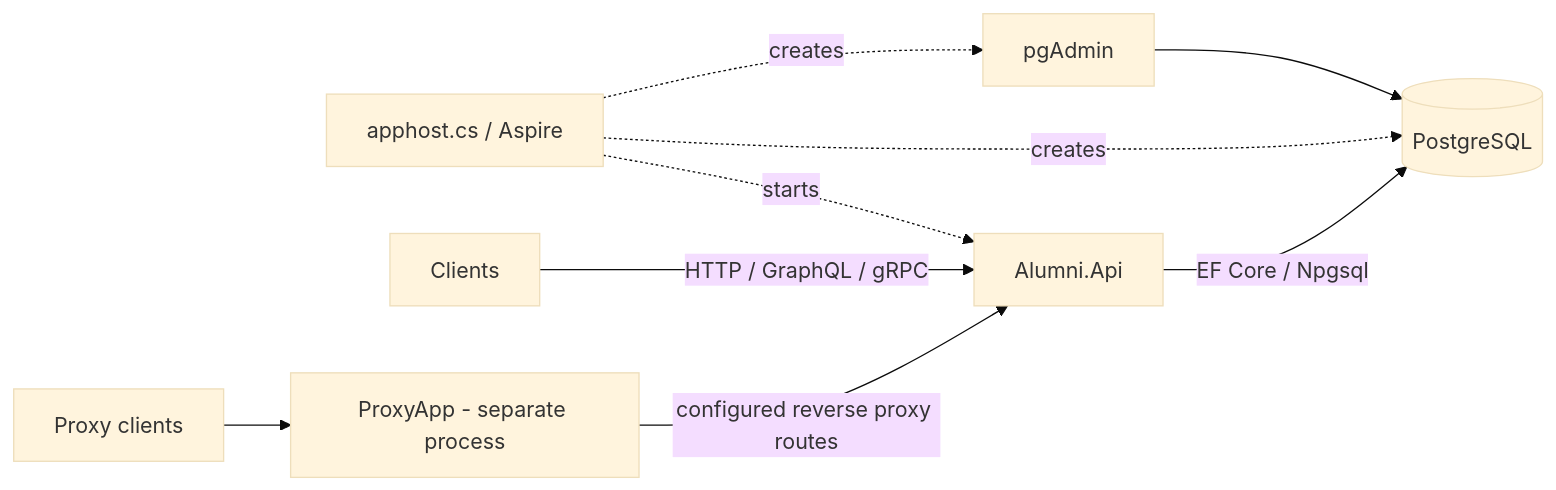
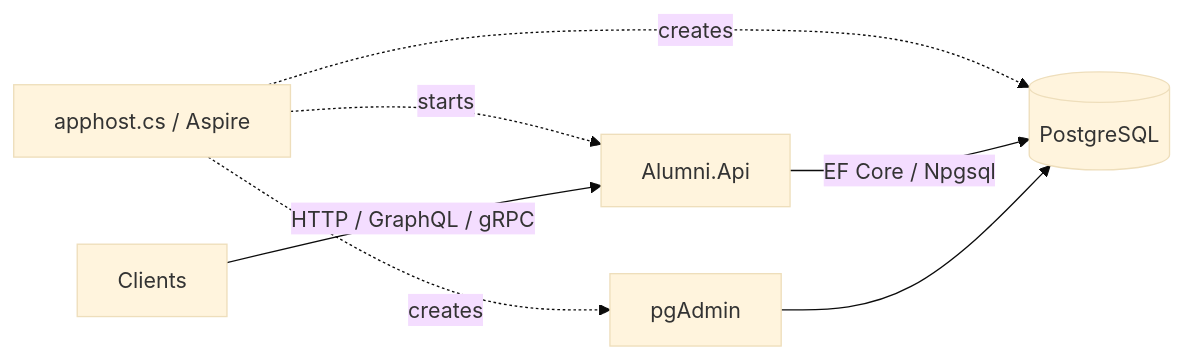
One commit to MihirJayavant/AlumniService changed the second of 2 diagrams in docs/Architecture.md. Above: the diagram before and after it, drawn with Mermaid (base theme). The commit also changed other lines of this file and 15 other files, not shown here.

````diff
--- a/docs/Architecture.md
+++ b/docs/Architecture.md
@@ -42,11 +40,9 @@
 ```mermaid
 flowchart LR
     Host["apphost.cs / Aspire"] -. starts .-> API[Alumni.Api]
     Host -. creates .-> DB[(PostgreSQL)]
     Host -. creates .-> Admin[pgAdmin]
     Client[Clients] -->|HTTP / GraphQL / gRPC| API
     API -->|EF Core / Npgsql| DB
     Admin --> DB
-    Proxy["ProxyApp - separate process"] -->|configured reverse proxy routes| API
-    Browser[Proxy clients] --> Proxy
 ```
````
